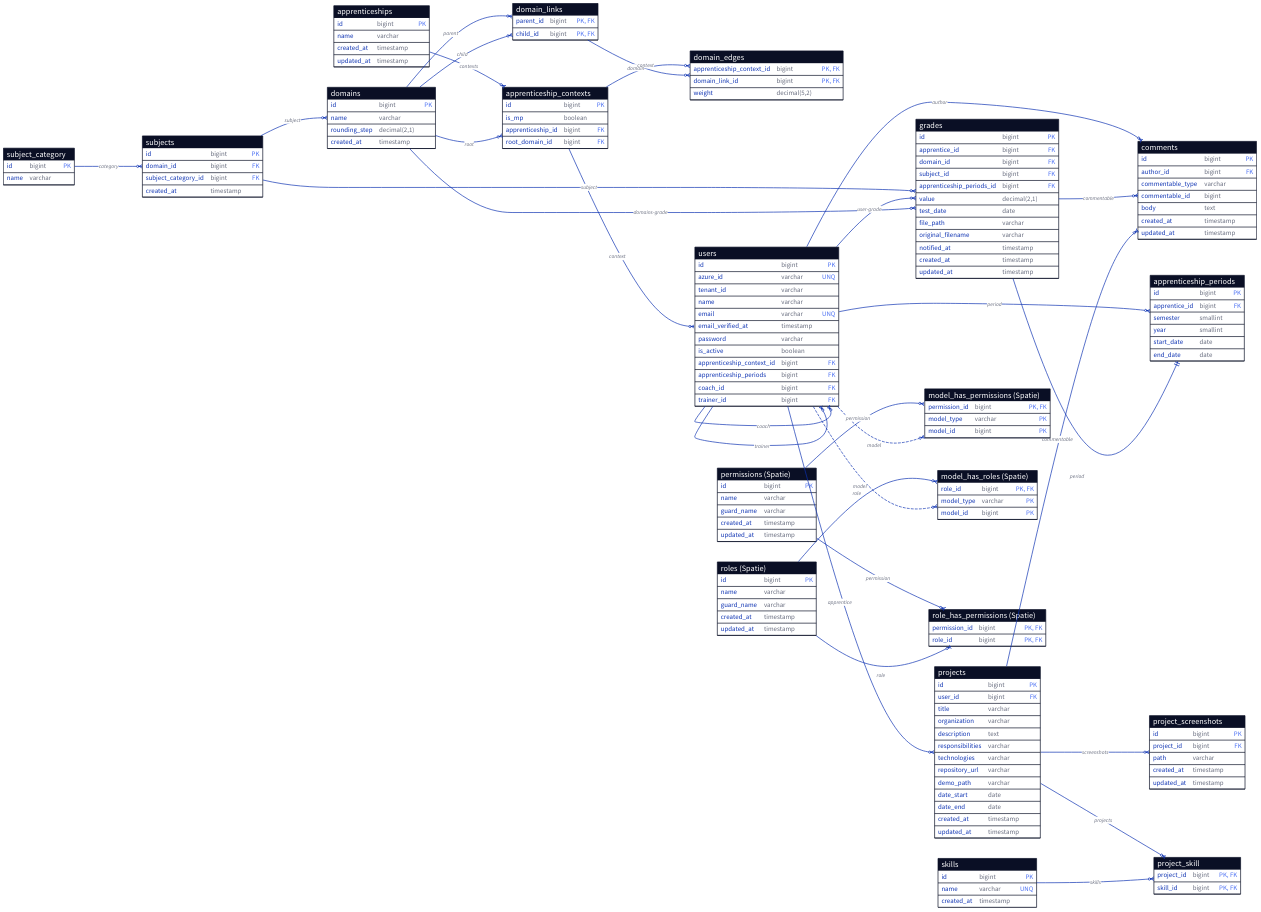
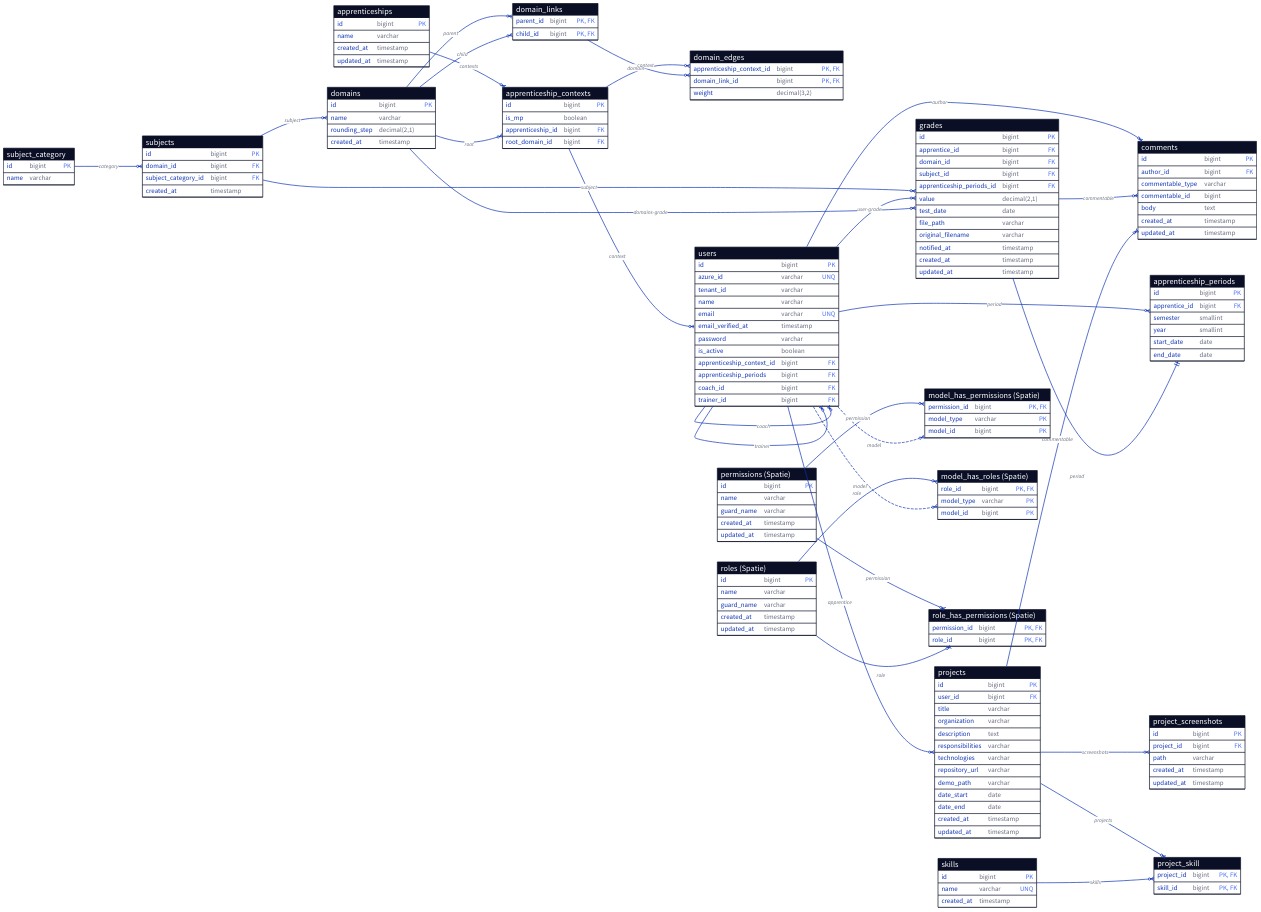
Before and after one commit to jobtrek/apprentice-cursus: the diagram in docs/db/schemas/mcd_current.d2, drawn with D2. The commit also changed 1 other file, not shown here.

Commit message:
refactor: change domain weights decimal typing
- change domain_link_weights.weight from decimal(3,1) to decimal(3,2) to allow number such as 0.01
- update the weight type in mcd_current.d2

```diff
--- a/docs/db/schemas/mcd_current.d2
+++ b/docs/db/schemas/mcd_current.d2
@@ -18,7 +18,7 @@
   shape: sql_table
   apprenticeship_context_id: bigint {constraint: [primary_key; foreign_key]}
   domain_link_id: bigint {constraint: [primary_key; foreign_key]}
-  weight: "decimal(5,2)"
+  weight: "decimal(3,2)"
 }
 
 subjects: {
```
